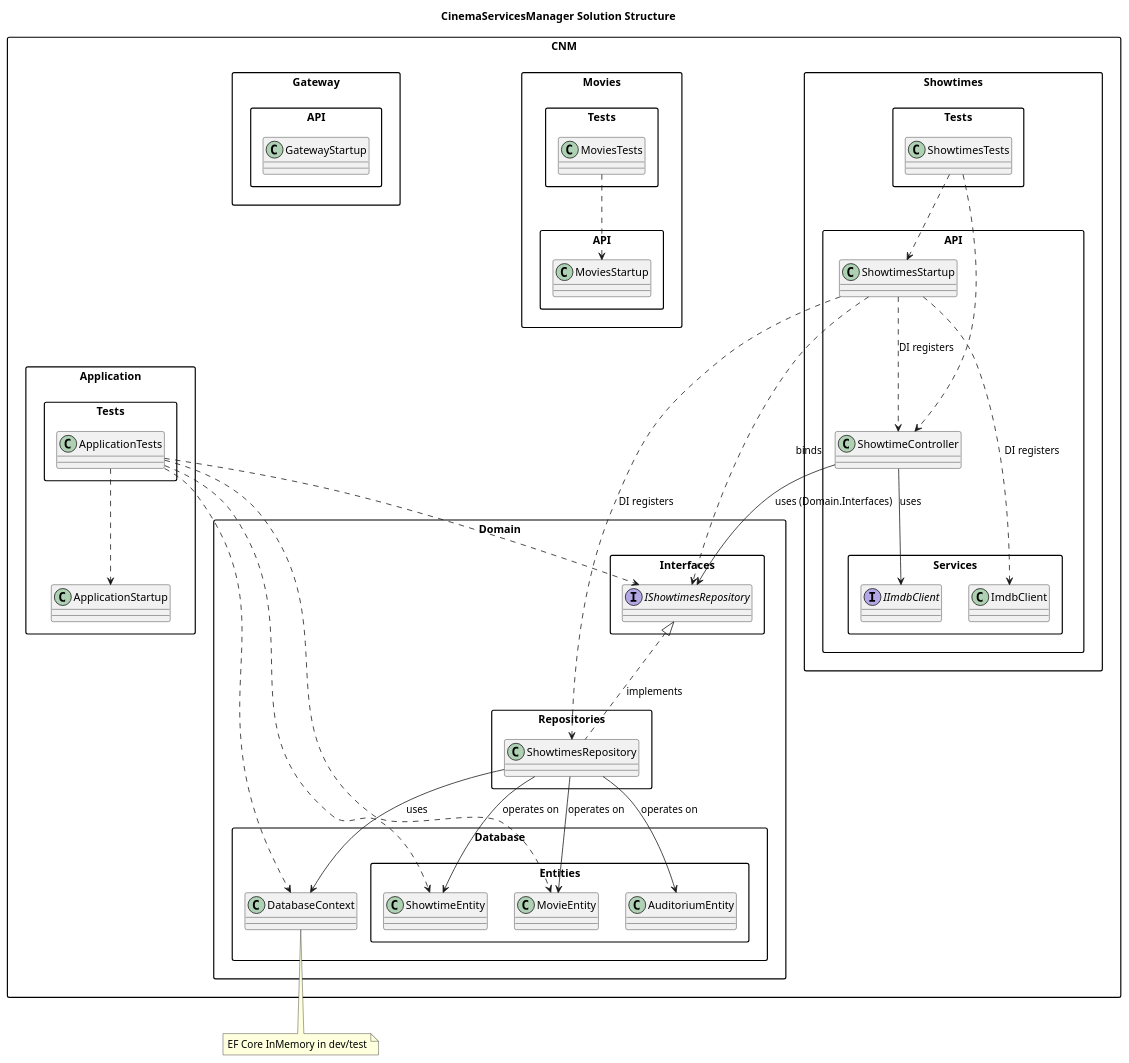
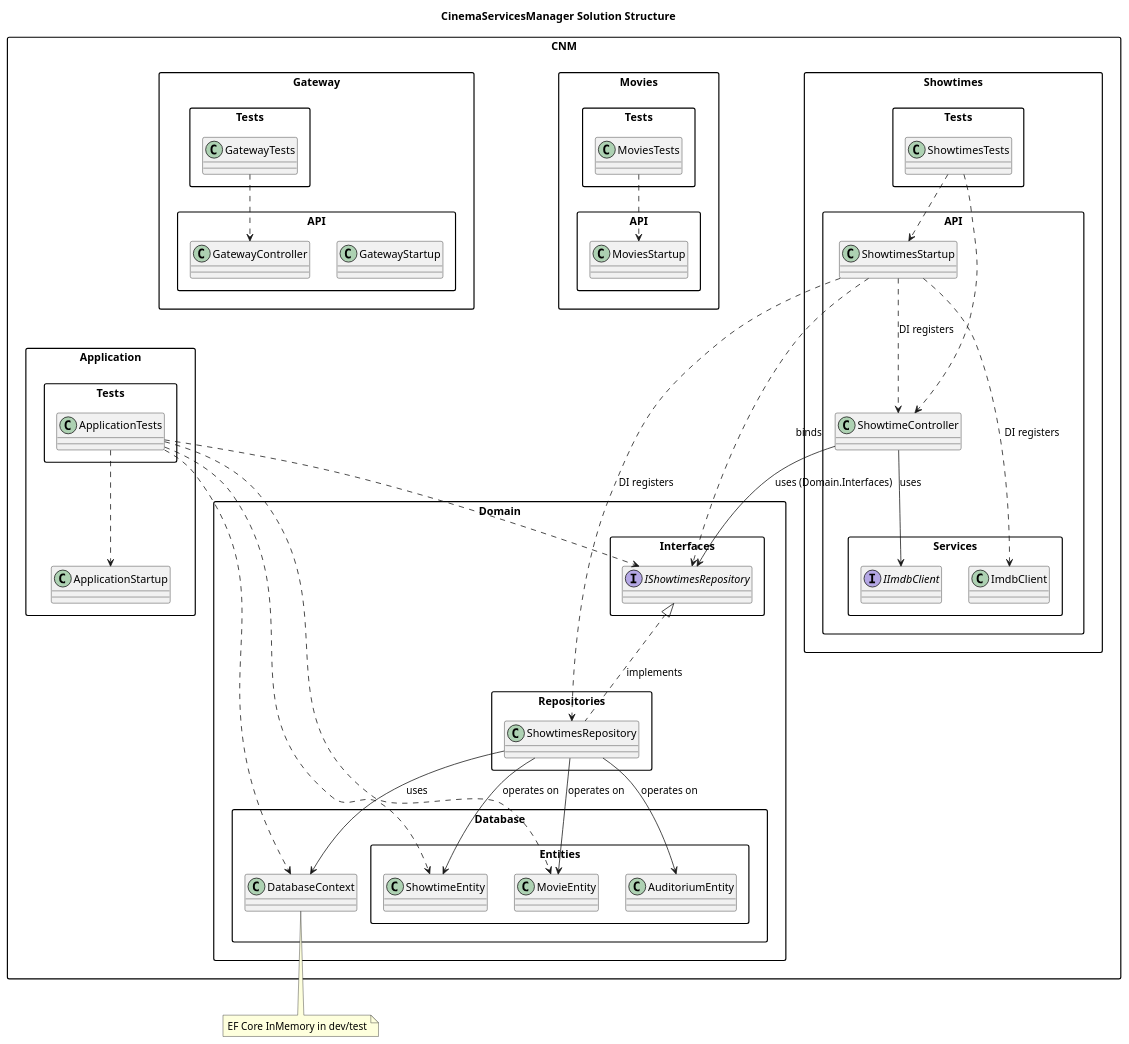
Before and after one commit to DenisKovalyonokSamples/CinemaServicesManager: the diagram in SolutionStructure.puml, drawn with PlantUML.

Commit message:
SolutionStructure updated.

```diff
--- a/SolutionStructure.puml
+++ b/SolutionStructure.puml
@@ -1,85 +1,92 @@
 @startuml
 skinparam packageStyle rectangle
 skinparam shadowing false
 
 title CinemaServicesManager Solution Structure
 
 package "CNM.Domain" {
   package "Database" {
     class DatabaseContext
     package "Entities" {
       class ShowtimeEntity
       class MovieEntity
       class AuditoriumEntity
     }
   }
   package "Interfaces" {
     interface IShowtimesRepository
   }
   package "Repositories" {
     class ShowtimesRepository
   }
 }
 
 package "CNM.Showtimes.API" {
   class ShowtimesStartup
   class ShowtimeController
   package "Services" {
     interface IImdbClient
     class ImdbClient
   }
 }
 
 package "CNM.Movies.API" {
   class MoviesStartup
 }
 
 package "CNM.Gateway.API" {
   class GatewayStartup
+  class GatewayController
 }
 
 package "CNM.Application" {
   class ApplicationStartup
 }
 
 package "CNM.Application.Tests" {
   class ApplicationTests
 }
 
 package "CNM.Showtimes.Tests" {
   class ShowtimesTests
 }
 
 package "CNM.Movies.Tests" {
   class MoviesTests
+}
+
+package "CNM.Gateway.Tests" {
+  class GatewayTests
 }
 
 ShowtimeController --> IImdbClient : uses
 ShowtimeController --> IShowtimesRepository : uses (Domain.Interfaces)
 ShowtimesRepository --> DatabaseContext : uses
 ShowtimesRepository --> ShowtimeEntity : operates on
 ShowtimesRepository --> MovieEntity : operates on
 ShowtimesRepository --> AuditoriumEntity : operates on
 IShowtimesRepository <|.. ShowtimesRepository : implements
 
 ShowtimesStartup ..> ShowtimeController : DI registers
 ShowtimesStartup ..> ImdbClient : DI registers
 ShowtimesStartup ..> ShowtimesRepository : DI registers
 ShowtimesStartup ..> IShowtimesRepository : binds
 
 ApplicationTests ..> ApplicationStartup
 ApplicationTests ..> DatabaseContext
 ApplicationTests ..> IShowtimesRepository
 ApplicationTests ..> ShowtimeEntity
 ApplicationTests ..> MovieEntity
 
 ShowtimesTests ..> ShowtimesStartup
 ShowtimesTests ..> ShowtimeController
 
 MoviesTests ..> MoviesStartup
 
+GatewayTests ..> GatewayController
+
 note bottom of DatabaseContext
 EF Core InMemory in dev/test
 end note
 
 @enduml
```
